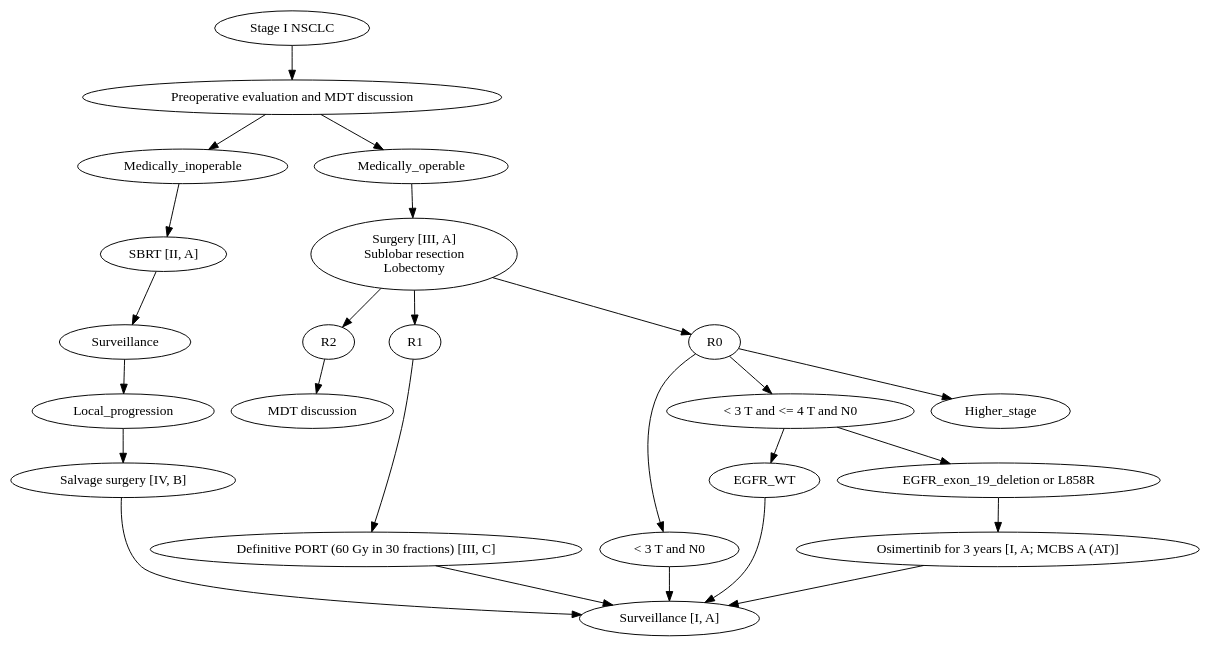
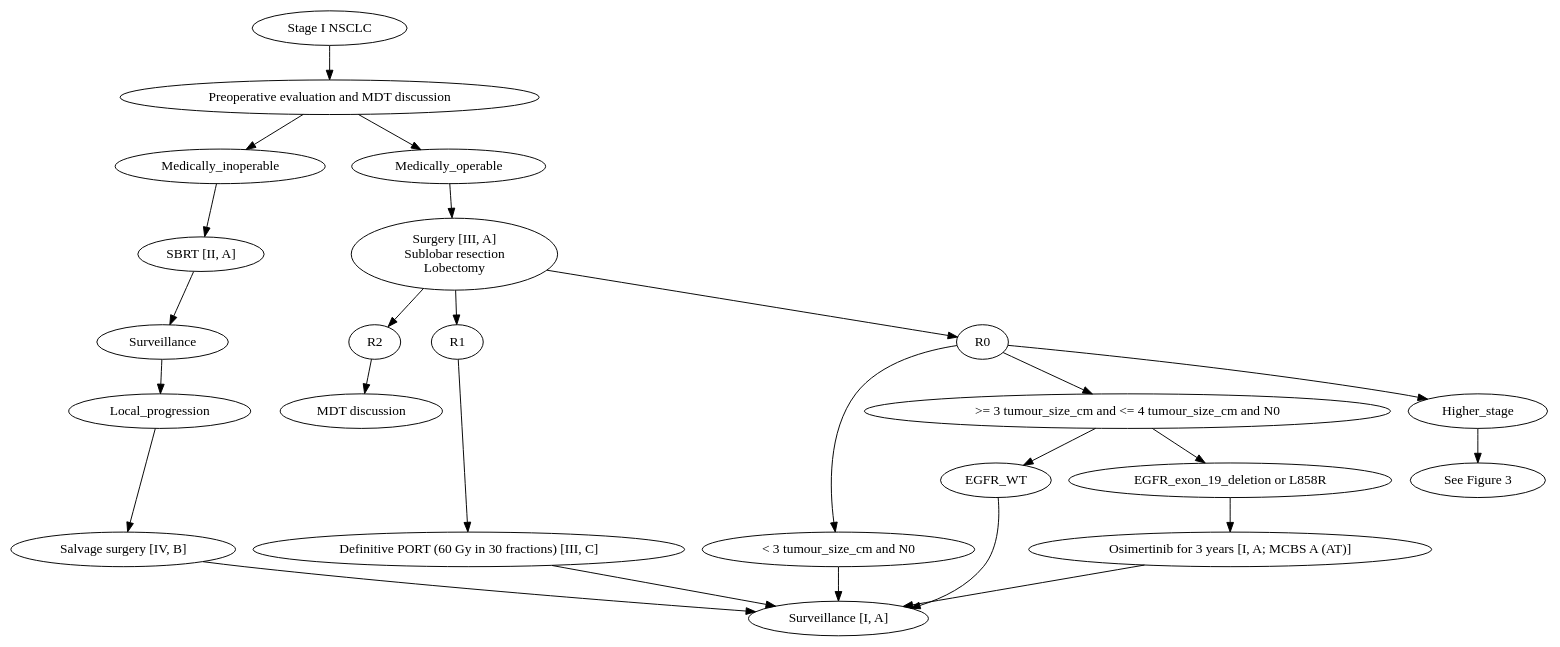
One commit to djhshih/dgraph-esmo changed the diagram in elansclc/dot/locoregional_staging.dot. Above: the diagram before and after it, drawn with Graphviz. The commit also changed 6 other files, not shown here.

Commit message:
Refactor locoregional staging graphs for improved clarity; update labels and add new curated files for systemic treatment and resectable stages

```diff
--- a/elansclc/dot/locoregional_staging.dot
+++ b/elansclc/dot/locoregional_staging.dot
@@ -1,78 +1,81 @@
 digraph G {
     // Structural Root
     a [label="Stage I NSCLC"];
 
     // Preoperative Step
     b [label="Preoperative evaluation and MDT discussion"];
     a -> b;
 
     // Medically Inoperable Path
     c [label="Medically_inoperable"];
     d [label="SBRT [II, A]"];
     e [label="Surveillance"];
     f [label="Local_progression"];
     g [label="Salvage surgery [IV, B]"];
     
     b -> c;
     c -> d;
     d -> e;
     e -> f;
     f -> g;
 
     // Shared Surveillance Node [I, A]
     h [label="Surveillance [I, A]"];
     g -> h;
 
     // Medically Operable Path
     i [label="Medically_operable"];
     j [label="Surgery [III, A]\nSublobar resection\nLobectomy"];
     b -> i;
     i -> j;
 
     // Resection Margin Sibling Criteria
     k [label="R2"];
     l [label="R1"];
     m [label="R0"];
     
     j -> k;
     j -> l;
     j -> m;
 
     // R2 Treatment
     n [label="MDT discussion"];
     k -> n;
 
     // R1 Treatment
     o [label="Definitive PORT (60 Gy in 30 fractions) [III, C]"];
     l -> o;
     o -> h;
 
     // R0 Criteria Paths
     //p [label="T <3 cm and N0"];
-    p [label="< 3 T and N0"];
+    p [label="< 3 tumour_size_cm and N0"];
     //q [label="T >=3 cm and T <=4 cm and N0"];
-    q [label="< 3 T and <= 4 T and N0"];
+    q [label=">= 3 tumour_size_cm and <= 4 tumour_size_cm and N0"];
     r [label="Higher_stage"];
+    // Dummy terminal so Higher_stage is a conditional branch; replace later with cross-graph link
+    v [label="See Figure 3"];
     
     m -> p;
     m -> q;
     m -> r;
+    r -> v;
 
     // T <3 cm leads directly to Surveillance
     p -> h;
 
     // T 3-4 cm Biomarker Mutation Criteria
     s [label="EGFR_WT"];
     t [label="EGFR_exon_19_deletion or L858R"];
     
     q -> s;
     q -> t;
 
     // EGFR WT leads to Surveillance
     s -> h;
 
     // EGFR Mutation Treatment
     u [label="Osimertinib for 3 years [I, A; MCBS A (AT)]"];
     t -> u;
     u -> h;
 }
```
